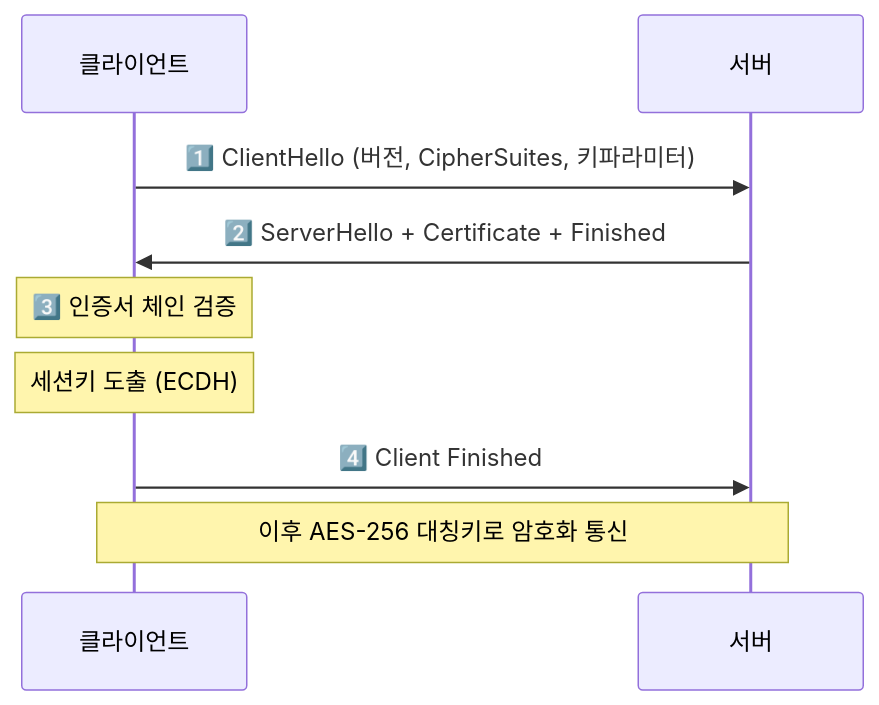
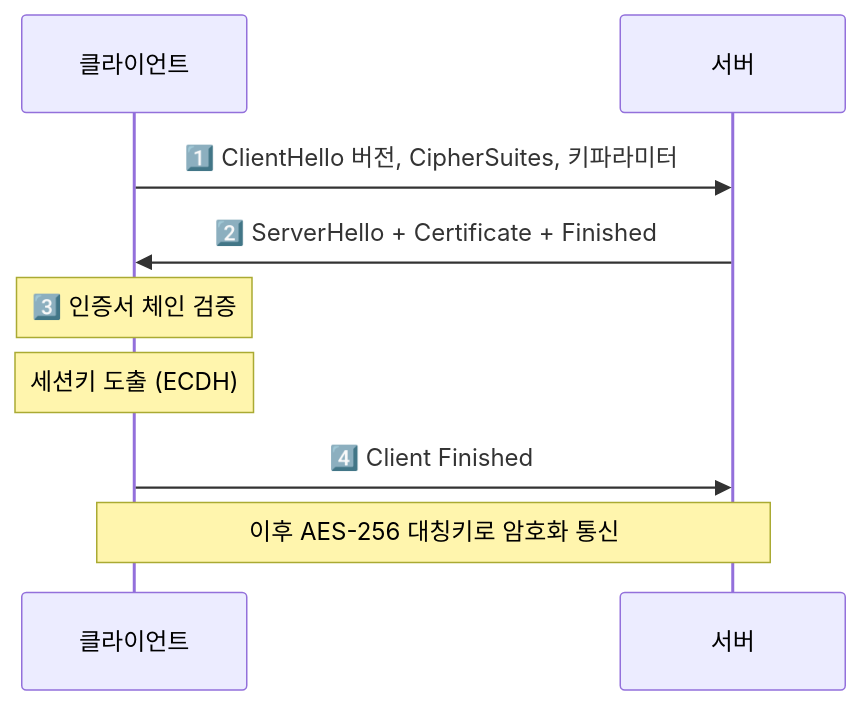
Before and after one commit to yjkim2015/yjkim2015.github.io: the second of 7 diagrams in _posts/network/2026-05-03-https-tls.md, drawn with Mermaid. The commit also changed other lines of this file and 85 other files, not shown here.

First line of the commit message:
sequenceDiagram 문법 에러 2차 수정 169개 (86파일)

````diff
--- a/_posts/network/2026-05-03-https-tls.md
+++ b/_posts/network/2026-05-03-https-tls.md
@@ -79,11 +79,11 @@
 ```mermaid
 sequenceDiagram
     participant C as 클라이언트
     participant S as 서버
-    C->>S: 1️⃣ ClientHello (버전, CipherSuites, 키파라미터)
+    C->>S: 1️⃣ ClientHello 버전, CipherSuites, 키파라미터
     S->>C: 2️⃣ ServerHello + Certificate + Finished
     Note over C: 3️⃣ 인증서 체인 검증
     Note over C: 세션키 도출 (ECDH)
     C->>S: 4️⃣ Client Finished
     Note over C,S: 이후 AES-256 대칭키로 암호화 통신
 ```
````
